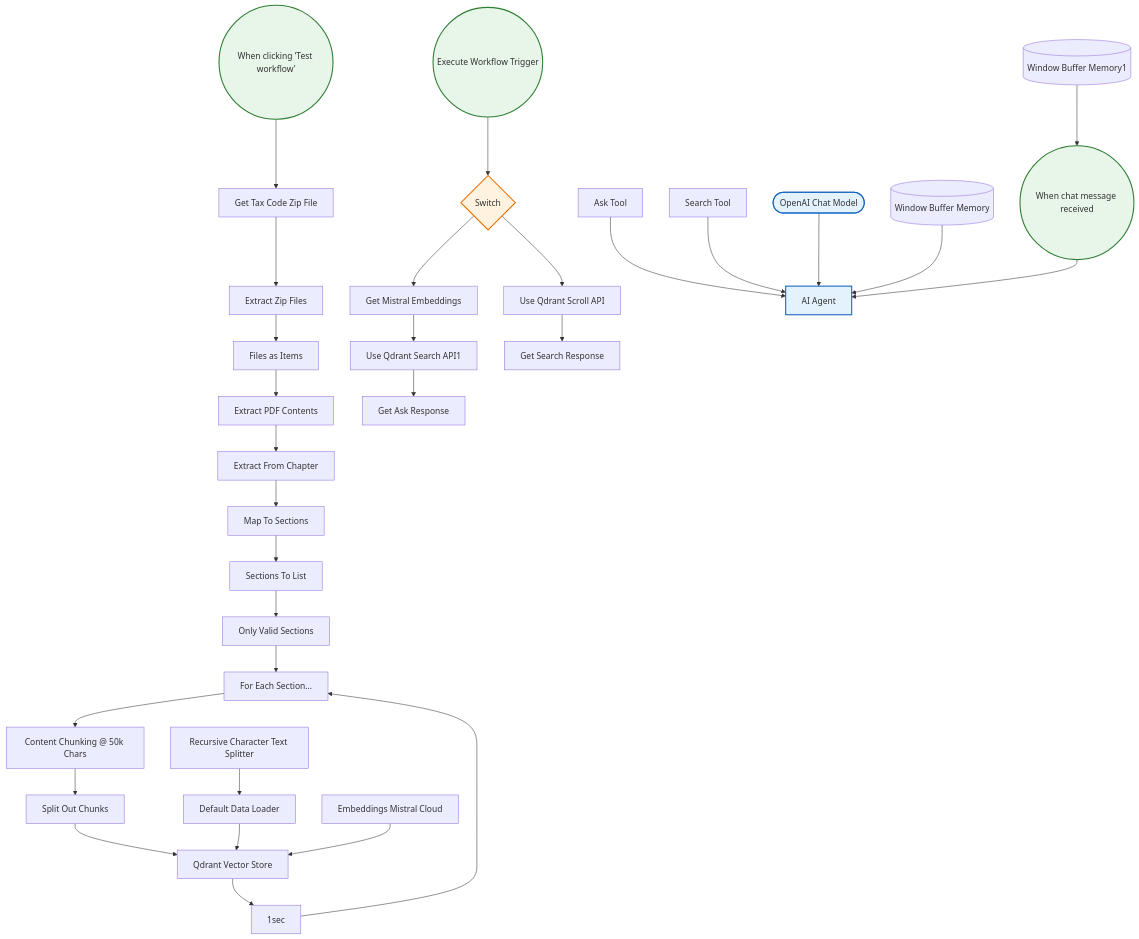
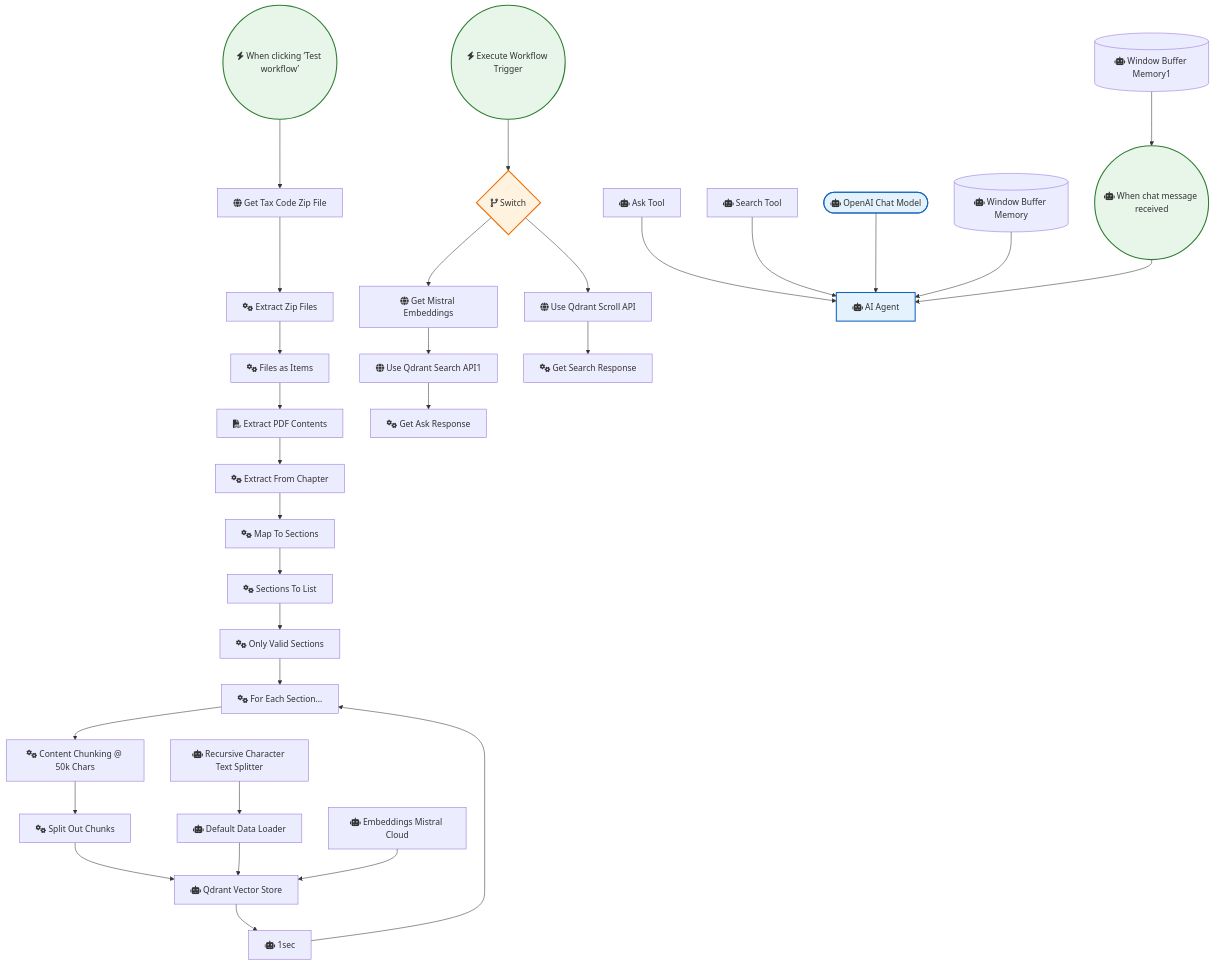
Before and after one commit to sreyash3105/N8N-DEMO-AUTOMATIONS: the diagram in AI_Research_RAG_and_Data_Analysis/Build a Tax Code Assistant with Qdrant Mistral Ai and Openai.md, drawn with Mermaid. The commit also changed 291 other files, not shown here.

````diff
--- a/AI_Research_RAG_and_Data_Analysis/Build a Tax Code Assistant with Qdrant Mistral Ai and Openai.md
+++ b/AI_Research_RAG_and_Data_Analysis/Build a Tax Code Assistant with Qdrant Mistral Ai and Openai.md
@@ -1,68 +1,68 @@
 ```mermaid
 graph TD
     classDef trigger fill:#e8f5e9,stroke:#2e7d32,stroke-width:2px;
     classDef ai fill:#e3f2fd,stroke:#1565c0,stroke-width:2px;
     classDef logic fill:#fff3e0,stroke:#ef6c00,stroke-width:2px;
 
-    When_clicking__Test_workflow_(("When clicking ‘Test workflow’")):::trigger
-    Embeddings_Mistral_Cloud["Embeddings Mistral Cloud"]
-    Default_Data_Loader["Default Data Loader"]
-    Recursive_Character_Text_Splitter["Recursive Character Text Splitter"]
-    Get_Tax_Code_Zip_File["Get Tax Code Zip File"]
-    Extract_Zip_Files["Extract Zip Files"]
-    Files_as_Items["Files as Items"]
-    Extract_PDF_Contents["Extract PDF Contents"]
-    Extract_From_Chapter["Extract From Chapter"]
-    Map_To_Sections["Map To Sections"]
-    Execute_Workflow_Trigger(("Execute Workflow Trigger")):::trigger
-    Get_Mistral_Embeddings["Get Mistral Embeddings"]
-    Content_Chunking___50k_Chars["Content Chunking @ 50k Chars"]
-    Split_Out_Chunks["Split Out Chunks"]
-    For_Each_Section___["For Each Section..."]
-    Sections_To_List["Sections To List"]
-    Only_Valid_Sections["Only Valid Sections"]
-    Use_Qdrant_Search_API1["Use Qdrant Search API1"]
-    Use_Qdrant_Scroll_API["Use Qdrant Scroll API"]
-    Get_Search_Response["Get Search Response"]
-    Qdrant_Vector_Store["Qdrant Vector Store"]
-    AI_Agent["AI Agent"]:::ai
-    Window_Buffer_Memory[("Window Buffer Memory")]
-    When_chat_message_received(("When chat message received")):::trigger
-    Window_Buffer_Memory1[("Window Buffer Memory1")]
-    OpenAI_Chat_Model(["OpenAI Chat Model"]):::ai
-    n_1sec["1sec"]
-    Ask_Tool["Ask Tool"]
-    Search_Tool["Search Tool"]
-    Switch{"Switch"}:::logic
-    Get_Ask_Response["Get Ask Response"]
+    When_clicking__Test_workflow_(("fas:fa-bolt When clicking ‘Test workflow’")):::trigger
+    Embeddings_Mistral_Cloud["fas:fa-robot Embeddings Mistral Cloud"]
+    Default_Data_Loader["fas:fa-robot Default Data Loader"]
+    Recursive_Character_Text_Splitter["fas:fa-robot Recursive Character Text Splitter"]
+    Get_Tax_Code_Zip_File["fas:fa-globe Get Tax Code Zip File"]
+    Extract_Zip_Files["fas:fa-cogs Extract Zip Files"]
+    Files_as_Items["fas:fa-cogs Files as Items"]
+    Extract_PDF_Contents["fas:fa-file-pdf Extract PDF Contents"]
+    Extract_From_Chapter["fas:fa-cogs Extract From Chapter"]
+    Map_To_Sections["fas:fa-cogs Map To Sections"]
+    Execute_Workflow_Trigger(("fas:fa-bolt Execute Workflow Trigger")):::trigger
+    Get_Mistral_Embeddings["fas:fa-globe Get Mistral Embeddings"]
+    Content_Chunking___50k_Chars["fas:fa-cogs Content Chunking @ 50k Chars"]
+    Split_Out_Chunks["fas:fa-cogs Split Out Chunks"]
+    For_Each_Section___["fas:fa-cogs For Each Section..."]
+    Sections_To_List["fas:fa-cogs Sections To List"]
+    Only_Valid_Sections["fas:fa-cogs Only Valid Sections"]
+    Use_Qdrant_Search_API1["fas:fa-globe Use Qdrant Search API1"]
+    Use_Qdrant_Scroll_API["fas:fa-globe Use Qdrant Scroll API"]
+    Get_Search_Response["fas:fa-cogs Get Search Response"]
+    Qdrant_Vector_Store["fas:fa-robot Qdrant Vector Store"]
+    AI_Agent["fas:fa-robot AI Agent"]:::ai
+    Window_Buffer_Memory[("fas:fa-robot Window Buffer Memory")]
+    When_chat_message_received(("fas:fa-robot When chat message received")):::trigger
+    Window_Buffer_Memory1[("fas:fa-robot Window Buffer Memory1")]
+    OpenAI_Chat_Model(["fas:fa-robot OpenAI Chat Model"]):::ai
+    n_1sec["fas:fa-robot 1sec"]
+    Ask_Tool["fas:fa-robot Ask Tool"]
+    Search_Tool["fas:fa-robot Search Tool"]
+    Switch{"fas:fa-code-branch Switch"}:::logic
+    Get_Ask_Response["fas:fa-cogs Get Ask Response"]
 
     n_1sec --> For_Each_Section___
     Switch --> Get_Mistral_Embeddings
     Switch --> Use_Qdrant_Scroll_API
     Ask_Tool --> AI_Agent
     Search_Tool --> AI_Agent
     Files_as_Items --> Extract_PDF_Contents
     Map_To_Sections --> Sections_To_List
     Sections_To_List --> Only_Valid_Sections
     Split_Out_Chunks --> Qdrant_Vector_Store
     Extract_Zip_Files --> Files_as_Items
     OpenAI_Chat_Model --> AI_Agent
     Default_Data_Loader --> Qdrant_Vector_Store
     For_Each_Section___ --> Content_Chunking___50k_Chars
     Only_Valid_Sections --> For_Each_Section___
     Qdrant_Vector_Store --> n_1sec
     Extract_From_Chapter --> Map_To_Sections
     Extract_PDF_Contents --> Extract_From_Chapter
     Window_Buffer_Memory --> AI_Agent
     Get_Tax_Code_Zip_File --> Extract_Zip_Files
     Use_Qdrant_Scroll_API --> Get_Search_Response
     Window_Buffer_Memory1 --> When_chat_message_received
     Get_Mistral_Embeddings --> Use_Qdrant_Search_API1
     Use_Qdrant_Search_API1 --> Get_Ask_Response
     Embeddings_Mistral_Cloud --> Qdrant_Vector_Store
     Execute_Workflow_Trigger --> Switch
     When_chat_message_received --> AI_Agent
     Content_Chunking___50k_Chars --> Split_Out_Chunks
     Recursive_Character_Text_Splitter --> Default_Data_Loader
     When_clicking__Test_workflow_ --> Get_Tax_Code_Zip_File
 ```
````
